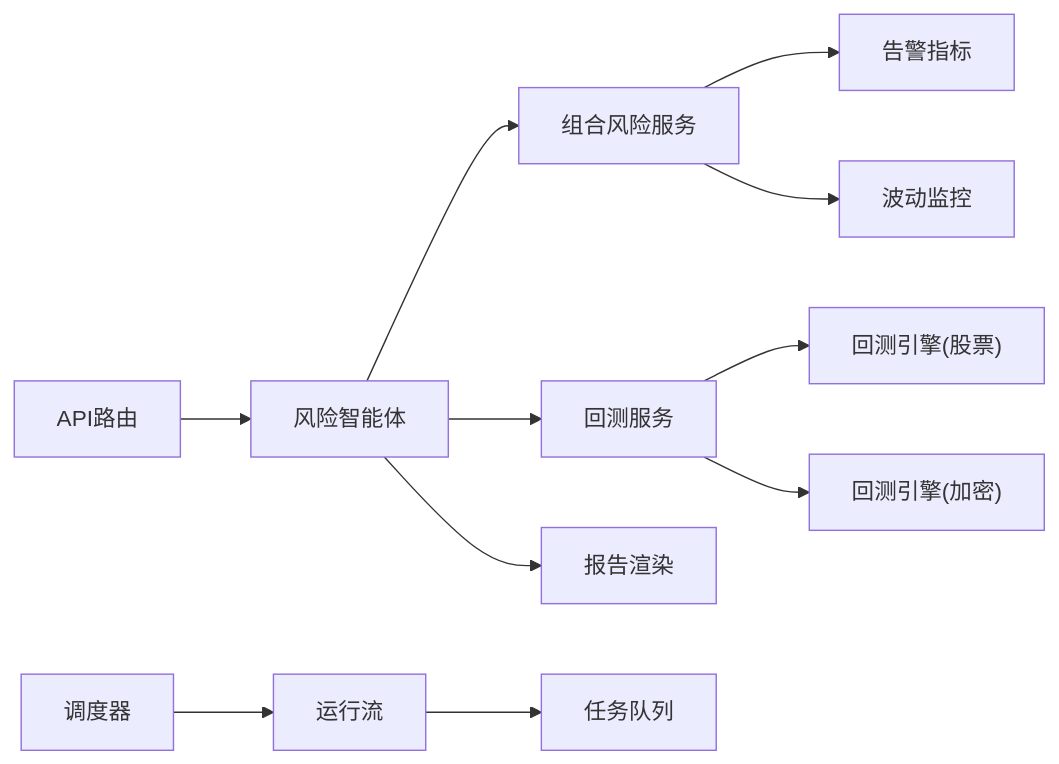
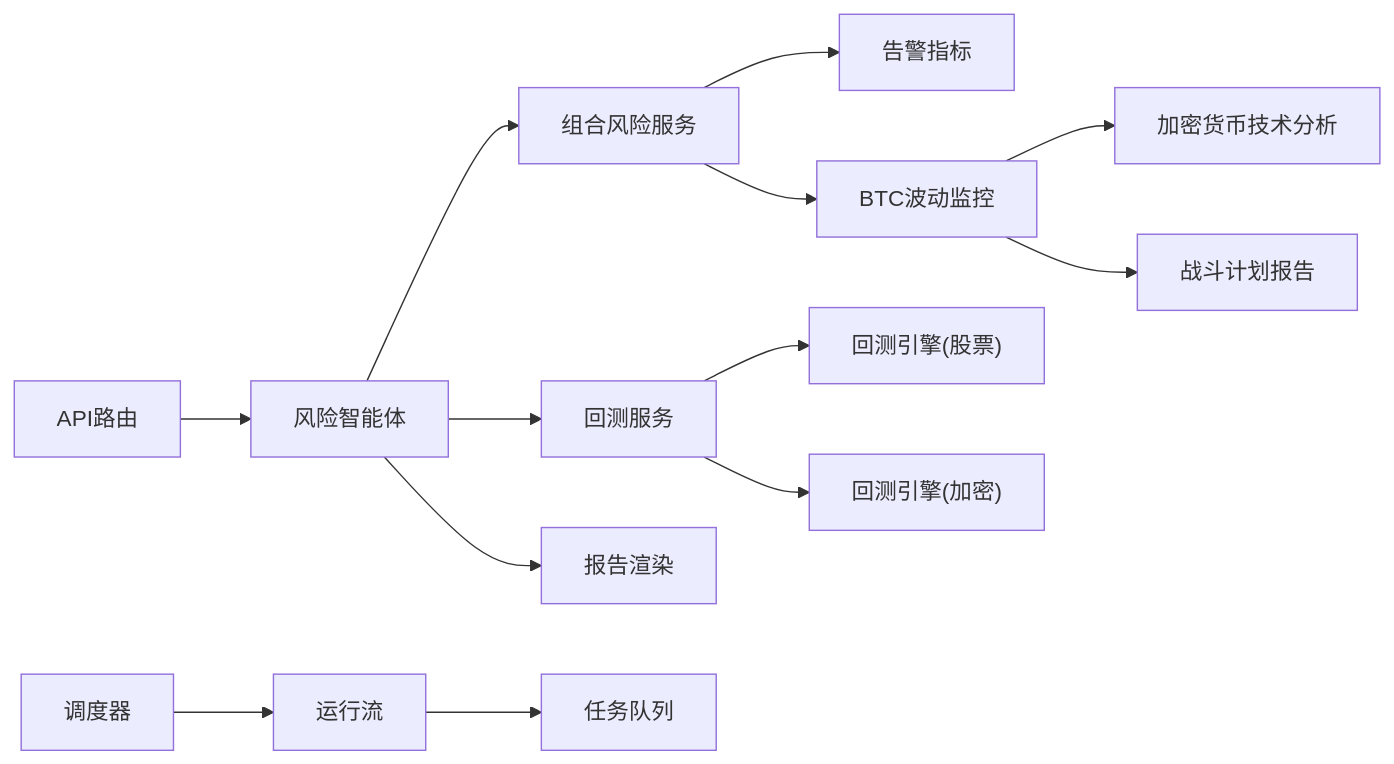
One commit to anYaoooo/daily_stock_analysis changed the eighth of 8 diagrams in .qoder/repowiki/zh/content/AI智能体系统/专业智能体/风险管理智能体.md. Above: the diagram before and after it, drawn with Mermaid. The commit also changed other lines of this file and 148 other files, not shown here.

````diff
--- a/.qoder/repowiki/zh/content/AI智能体系统/专业智能体/风险管理智能体.md
+++ b/.qoder/repowiki/zh/content/AI智能体系统/专业智能体/风险管理智能体.md
@@ -362,13 +494,15 @@
 ```mermaid
 graph LR
 RiskAgent["风险智能体"] --> PortfolioRisk["组合风险服务"]
 RiskAgent --> BacktestSvc["回测服务"]
 RiskAgent --> ReportRender["报告渲染"]
 PortfolioRisk --> AlertInd["告警指标"]
-PortfolioRisk --> BTCVol["波动监控"]
+PortfolioRisk --> BTCVol["BTC波动监控"]
+BTCVol --> CryptoTech["加密货币技术分析"]
+BTCVol --> BattlePlan["战斗计划报告"]
 BacktestSvc --> BE["回测引擎(股票)"]
 BacktestSvc --> CBE["回测引擎(加密)"]
 API["API路由"] --> RiskAgent
 Scheduler["调度器"] --> RunFlow["运行流"]
 RunFlow --> TaskQueue["任务队列"]
 ```
````
